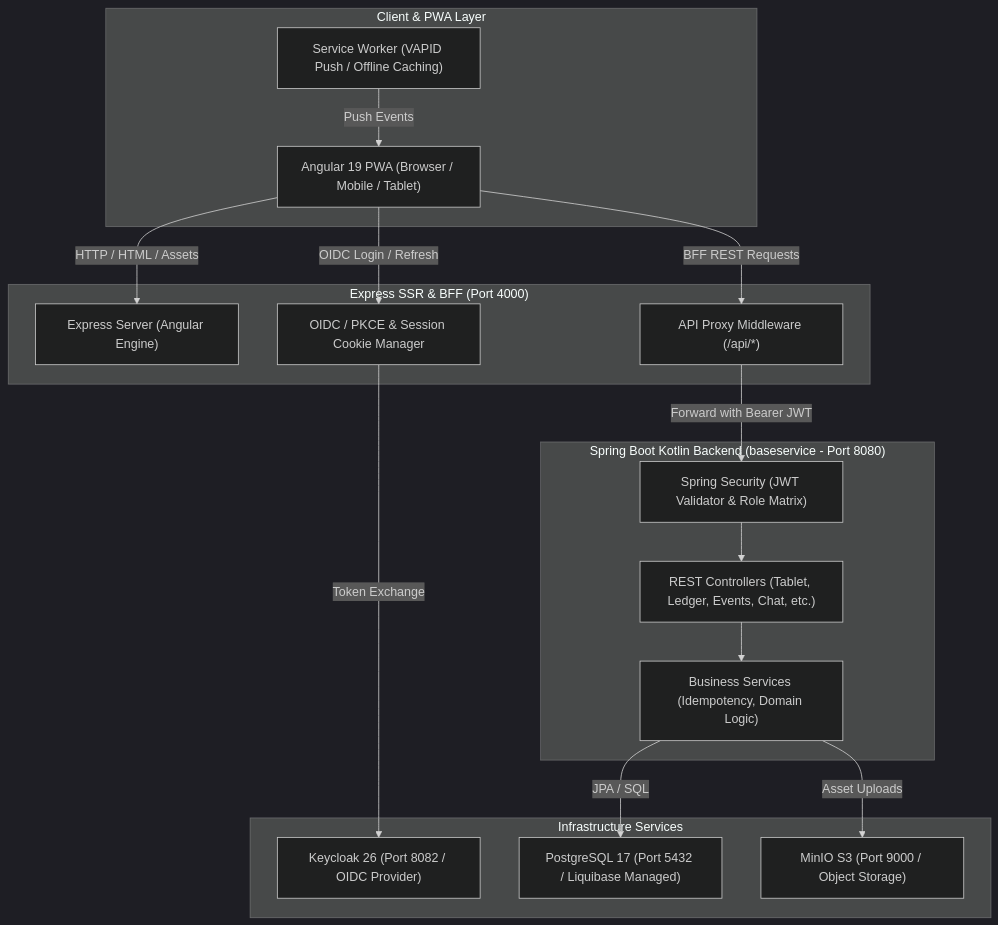
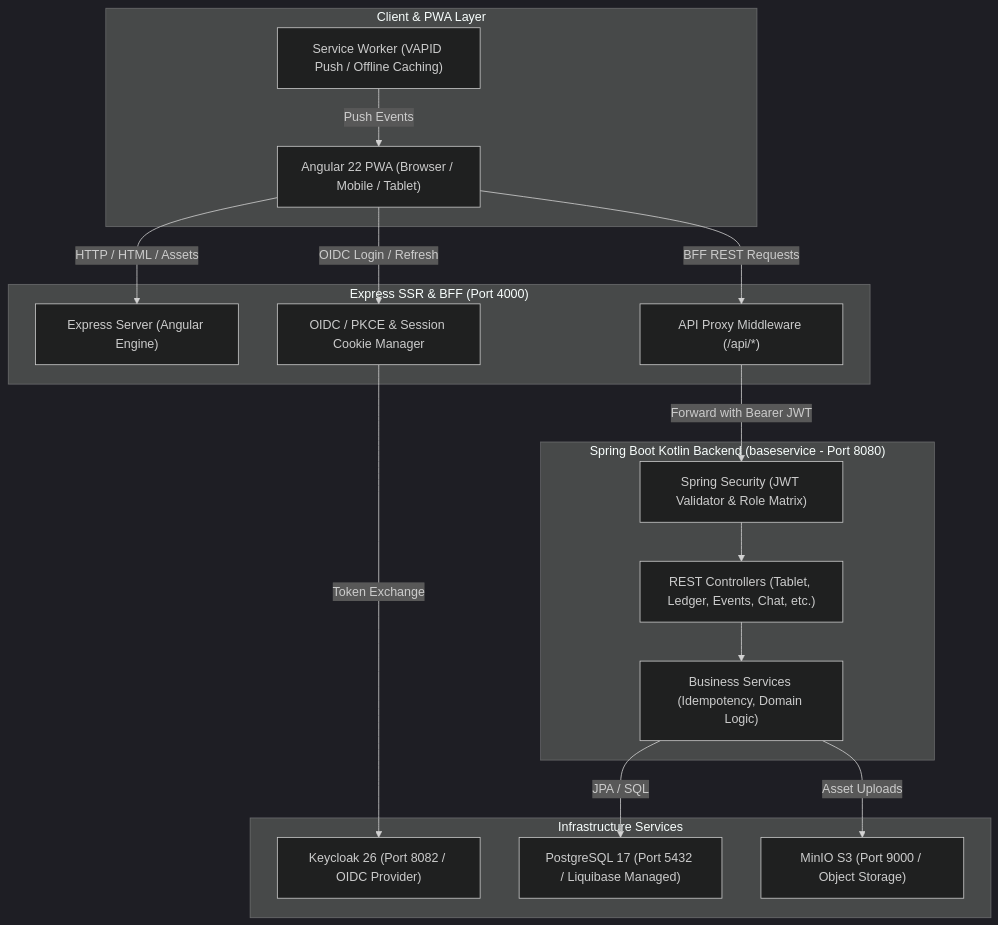
Before and after one commit to damaurer/vereint: the diagram in README.md, drawn with Mermaid (dark theme). The commit also changed other lines of this file and 5 other files, not shown here.

````diff
--- a/README.md
+++ b/README.md
@@ -58,37 +58,37 @@
 ```mermaid
 graph TD
     subgraph ClientLayer ["Client & PWA Layer"]
-        Browser["Angular 19 PWA (Browser / Mobile / Tablet)"]
+        Browser["Angular 22 PWA (Browser / Mobile / Tablet)"]
         SW["Service Worker (VAPID Push / Offline Caching)"]
     end
 
     subgraph BFFLayer ["Express SSR & BFF (Port 4000)"]
         SSR["Express Server (Angular Engine)"]
         AuthBFF["OIDC / PKCE & Session Cookie Manager"]
         ApiProxy["API Proxy Middleware (/api/*)"]
     end
 
     subgraph BackendLayer ["Spring Boot Kotlin Backend (baseservice - Port 8080)"]
         SecurityFilter["Spring Security (JWT Validator & Role Matrix)"]
         Controllers["REST Controllers (Tablet, Ledger, Events, Chat, etc.)"]
         Services["Business Services (Idempotency, Domain Logic)"]
     end
 
     subgraph ExternalInfra ["Infrastructure Services"]
         KC["Keycloak 26 (Port 8082 / OIDC Provider)"]
         PG["PostgreSQL 17 (Port 5432 / Liquibase Managed)"]
         S3["MinIO S3 (Port 9000 / Object Storage)"]
     end
 
     Browser -->|HTTP / HTML / Assets| SSR
     Browser -->|OIDC Login / Refresh| AuthBFF
     Browser -->|BFF REST Requests| ApiProxy
     SW -->|Push Events| Browser
 
     AuthBFF -->|Token Exchange| KC
     ApiProxy -->|Forward with Bearer JWT| SecurityFilter
     SecurityFilter --> Controllers
     Controllers --> Services
     Services -->|JPA / SQL| PG
     Services -->|Asset Uploads| S3
 ```
````
